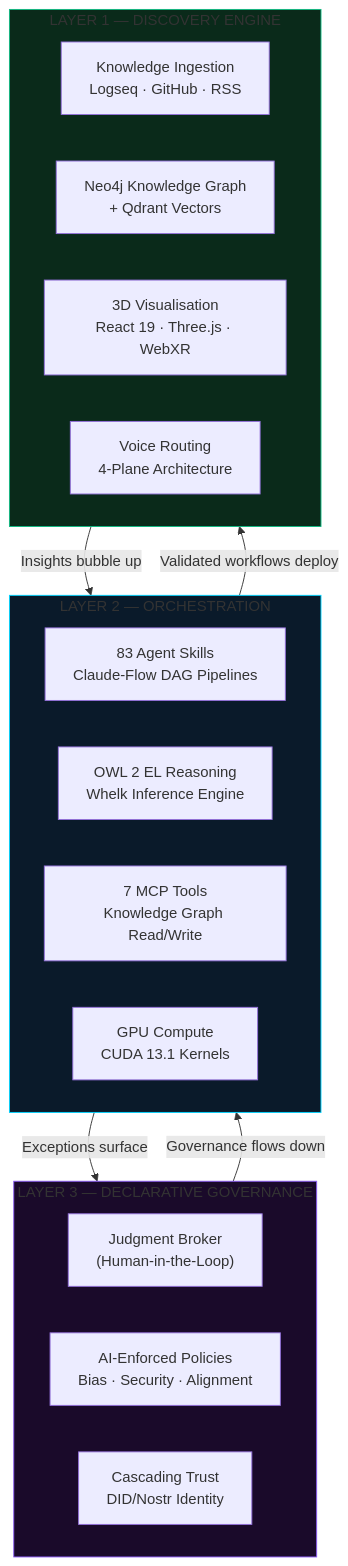
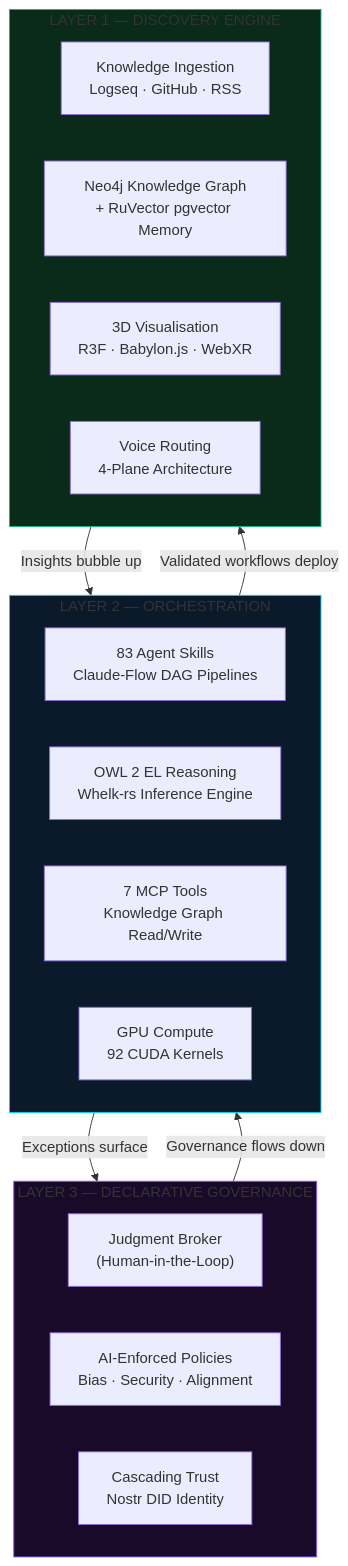
One commit to shaneholloman/logseq-spring-thing changed the first of 5 diagrams in README.md. Above: the diagram before and after it, drawn with Mermaid. The commit also changed other lines of this file, not shown here.

````diff
--- a/README.md
+++ b/README.md
@@ -120,31 +195,31 @@
 ```mermaid
 flowchart TB
     subgraph Layer3["LAYER 3 — DECLARATIVE GOVERNANCE"]
         JB["Judgment Broker\n(Human-in-the-Loop)"]
         Policy["AI-Enforced Policies\nBias · Security · Alignment"]
-        Trust["Cascading Trust\nDID/Nostr Identity"]
+        Trust["Cascading Trust\nNostr DID Identity"]
     end
 
     subgraph Layer2["LAYER 2 — ORCHESTRATION"]
         Skills["83 Agent Skills\nClaude-Flow DAG Pipelines"]
-        Ontology["OWL 2 EL Reasoning\nWhelk Inference Engine"]
+        Ontology["OWL 2 EL Reasoning\nWhelk-rs Inference Engine"]
         MCP["7 MCP Tools\nKnowledge Graph Read/Write"]
-        GPU["GPU Compute\nCUDA 13.1 Kernels"]
+        GPU["GPU Compute\n92 CUDA Kernels"]
     end
 
     subgraph Layer1["LAYER 1 — DISCOVERY ENGINE"]
         Ingest["Knowledge Ingestion\nLogseq · GitHub · RSS"]
-        Graph["Neo4j Knowledge Graph\n+ Qdrant Vectors"]
-        Viz["3D Visualisation\nReact 19 · Three.js · WebXR"]
+        Graph["Neo4j Knowledge Graph\n+ RuVector pgvector Memory"]
+        Viz["3D Visualisation\nR3F · Babylon.js · WebXR"]
         Voice["Voice Routing\n4-Plane Architecture"]
     end
 
     Layer1 -->|"Insights bubble up"| Layer2
     Layer2 -->|"Exceptions surface"| Layer3
     Layer3 -->|"Governance flows down"| Layer2
     Layer2 -->|"Validated workflows deploy"| Layer1
 
     style Layer3 fill:#1A0A2A,stroke:#8B5CF6
     style Layer2 fill:#0A1A2A,stroke:#00D4FF
     style Layer1 fill:#0A2A1A,stroke:#10B981
 ```
````
